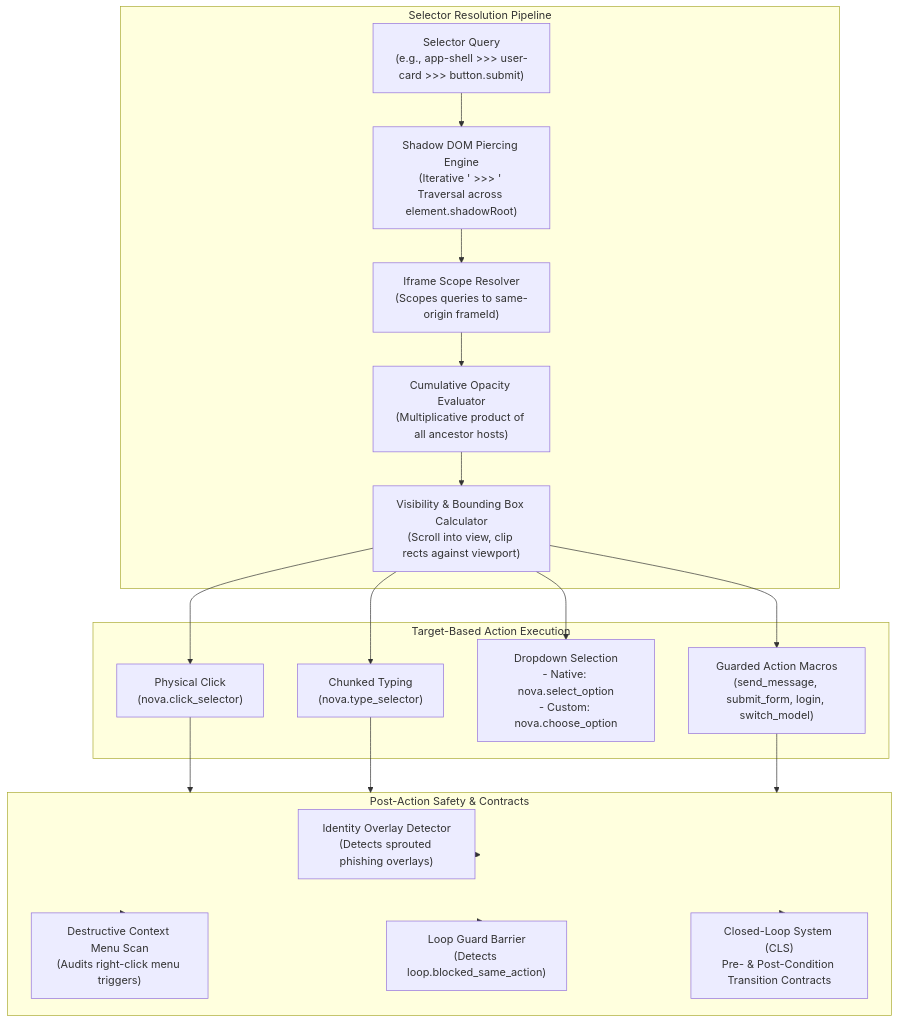
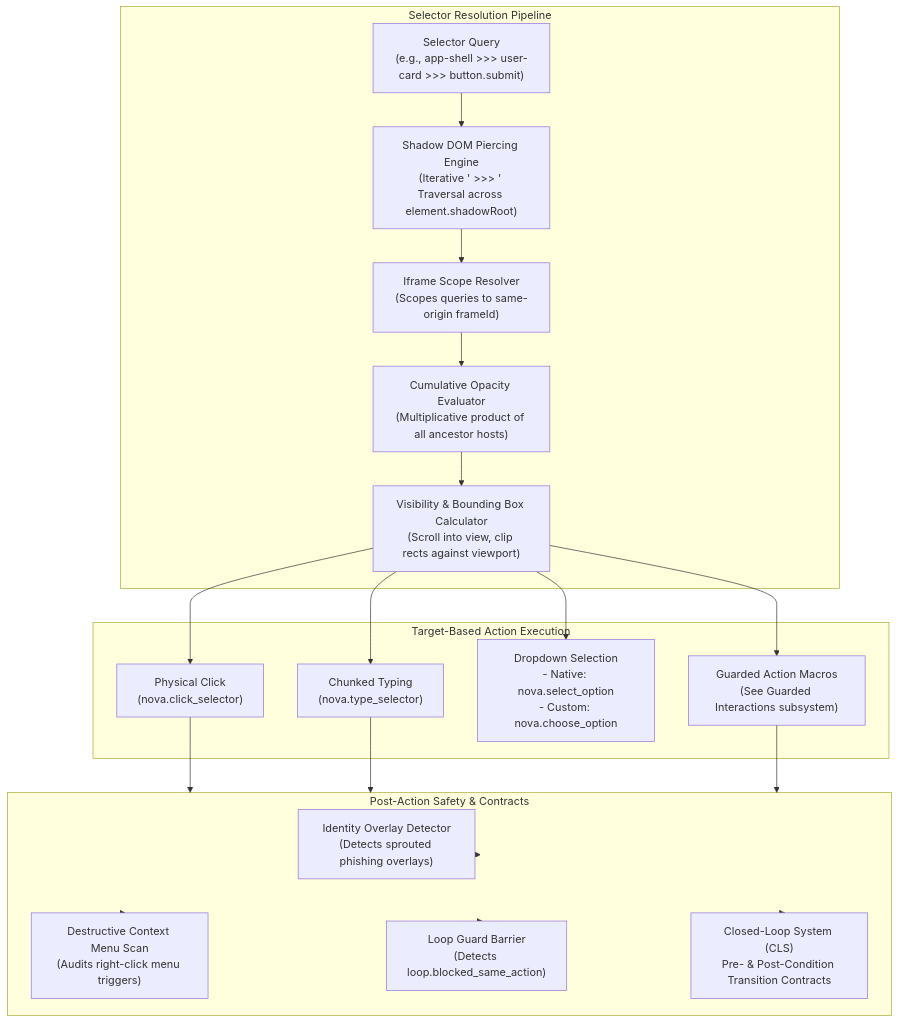
One commit to joelaniol/nova changed the diagram in docs/core-features/browser-interaction/selectors-and-shadow-dom/README.md. Above: the diagram before and after it, drawn with Mermaid. The commit also changed other lines of this file and 128 other files, not shown here.

````diff
--- a/docs/core-features/browser-interaction/selectors-and-shadow-dom/README.md
+++ b/docs/core-features/browser-interaction/selectors-and-shadow-dom/README.md
@@ -16,38 +16,38 @@
 ```mermaid
 flowchart TD
     subgraph SelectorEngine["Selector Resolution Pipeline"]
         InputSelector["Selector Query\n(e.g., app-shell >>> user-card >>> button.submit)"]
         ShadowWalker["Shadow DOM Piercing Engine\n(Iterative ' >>> ' Traversal across element.shadowRoot)"]
         FrameScope["Iframe Scope Resolver\n(Scopes queries to same-origin frameId)"]
         OpacityCalc["Cumulative Opacity Evaluator\n(Multiplicative product of all ancestor hosts)"]
         VisibilityRect["Visibility & Bounding Box Calculator\n(Scroll into view, clip rects against viewport)"]
     end
 
     subgraph ActionsLayer["Target-Based Action Execution"]
         ClickAction["Physical Click\n(nova.click_selector)"]
         TypeAction["Chunked Typing\n(nova.type_selector)"]
         SelectAction["Dropdown Selection\n- Native: nova.select_option\n- Custom: nova.choose_option"]
-        GuardedMacro["Guarded Action Macros\n(send_message, submit_form, login, switch_model)"]
+        GuardedMacro["Guarded Action Macros\n(See Guarded Interactions subsystem)"]
     end
 
     subgraph SafetyGate["Post-Action Safety & Contracts"]
         IdentityCheck["Identity Overlay Detector\n(Detects sprouted phishing overlays)"]
         MenuCheck["Destructive Context Menu Scan\n(Audits right-click menu triggers)"]
         LoopCheck["Loop Guard Barrier\n(Detects loop.blocked_same_action)"]
         CLSContracts["Closed-Loop System (CLS)\nPre- & Post-Condition Transition Contracts"]
     end
 
     InputSelector --> ShadowWalker --> FrameScope --> OpacityCalc --> VisibilityRect
     VisibilityRect --> ClickAction
     VisibilityRect --> TypeAction
     VisibilityRect --> SelectAction
     VisibilityRect --> GuardedMacro
 
     ClickAction --> SafetyGate
     TypeAction --> SafetyGate
     GuardedMacro --> SafetyGate
     SafetyGate --> IdentityCheck
     SafetyGate --> MenuCheck
     SafetyGate --> LoopCheck
     SafetyGate --> CLSContracts
 ```
````
